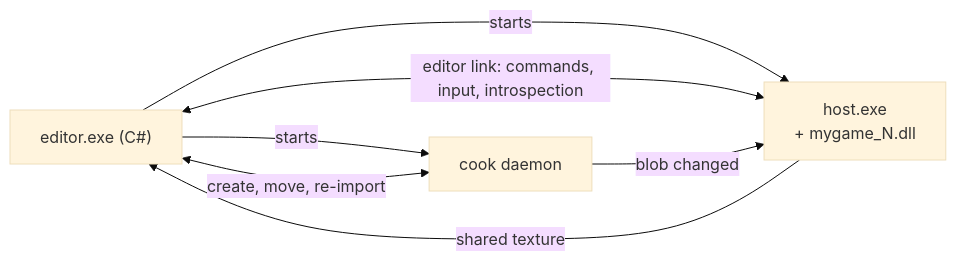
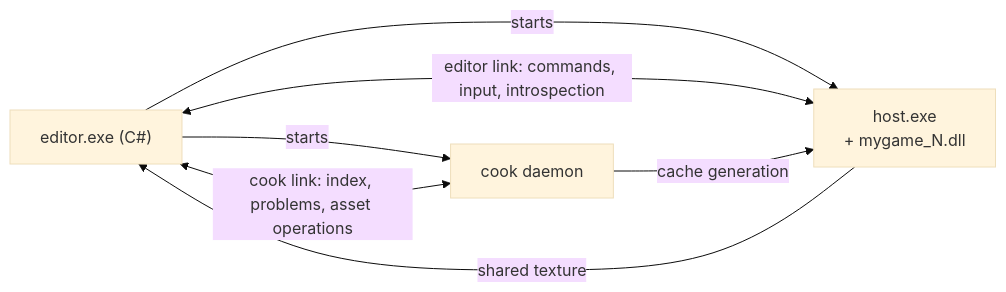
Before and after one commit to aszecsei/cinnabar: the second of 3 diagrams in docs/architecture.md, drawn with Mermaid (base theme). The commit also changed other lines of this file and 2 other files, not shown here.

First line of the commit message:
design the cook daemon and the content browser

````diff
--- a/docs/architecture.md
+++ b/docs/architecture.md
@@ -156,13 +158,13 @@
 ```mermaid
 flowchart LR
     EDITOR["editor.exe (C#)"]
     HOST["host.exe<br/>+ mygame_N.dll"]
     COOK["cook daemon"]
 
     EDITOR -->|"starts"| HOST
     EDITOR -->|"starts"| COOK
     EDITOR <-->|"editor link: commands, input, introspection"| HOST
     HOST -->|"shared texture"| EDITOR
-    COOK -->|"blob changed"| HOST
-    EDITOR <-->|"create, move, re-import"| COOK
+    COOK -->|"cache generation"| HOST
+    EDITOR <-->|"cook link: index, problems, asset operations"| COOK
 ```
````
